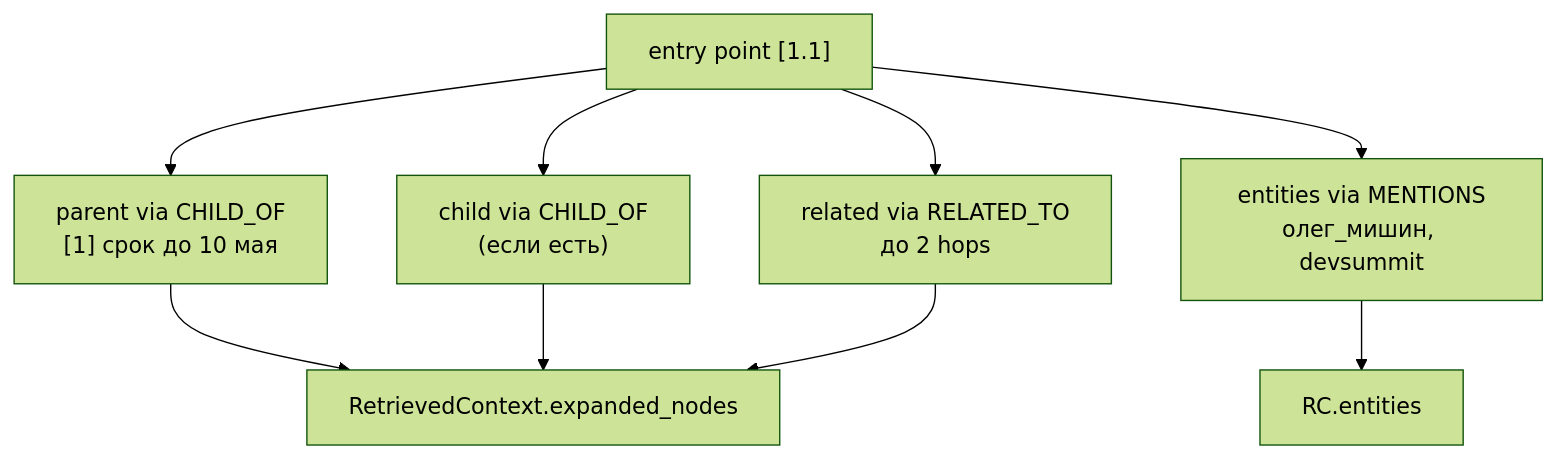
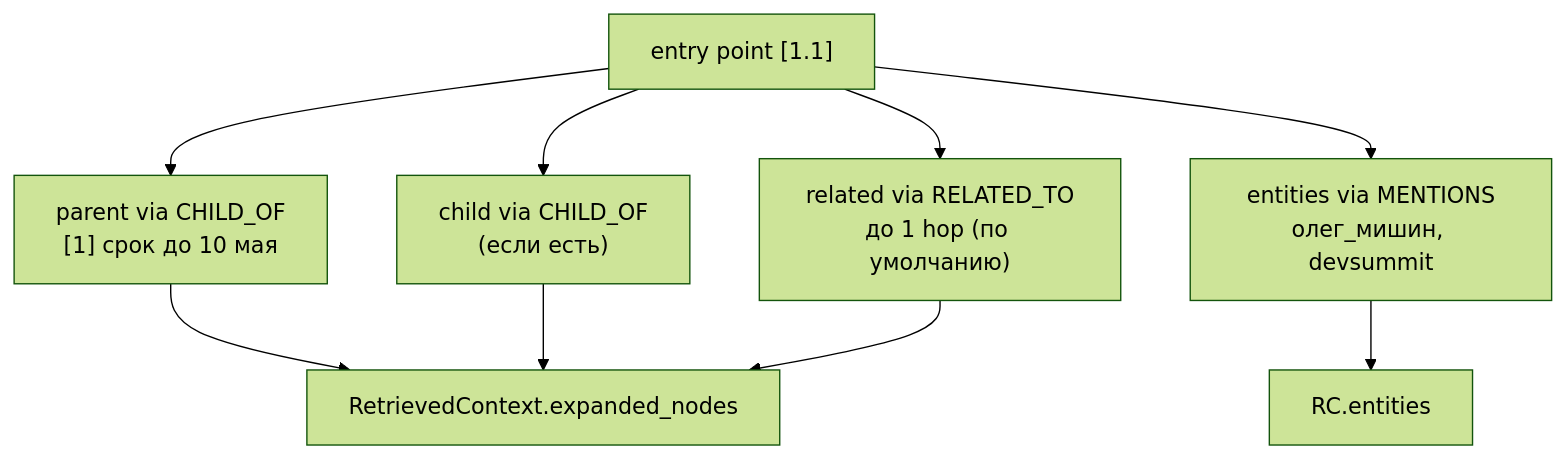
The fourth of 4 diagrams in README.md (nastyakon14/Executive_Exocortex), drawn with Mermaid (forest theme) before and after one commit. The commit also changed other lines of this file and 1645 other files, not shown here.

````diff
--- a/README.md
+++ b/README.md
@@ -746,13 +746,13 @@
 ```mermaid
 flowchart TD
     EP["entry point [1.1]"]
     EP --> P["parent via CHILD_OF\n[1] срок до 10 мая"]
     EP --> C1["child via CHILD_OF\n(если есть)"]
-    EP --> R["related via RELATED_TO\nдо 2 hops"]
+    EP --> R["related via RELATED_TO\nдо 1 hop (по умолчанию)"]
     EP --> E["entities via MENTIONS\nолег_мишин, devsummit"]
 
     P --> RC[RetrievedContext.expanded_nodes]
     C1 --> RC
     R --> RC
     E --> RC.entities
 ```
````
